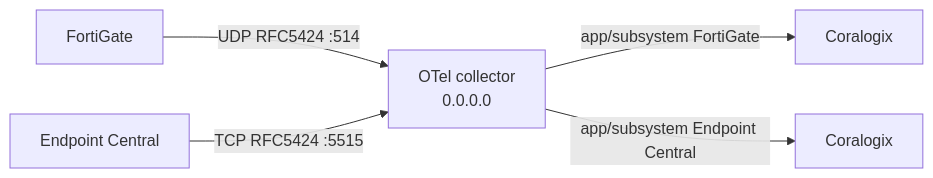
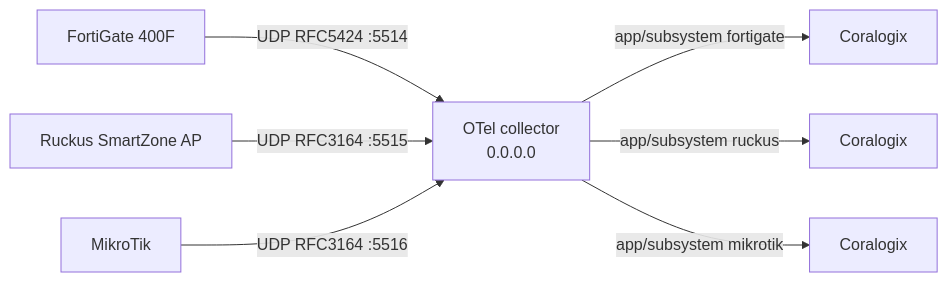
The diagram in README.md (qibal-act/syslog-cx), drawn with Mermaid before and after one commit. The commit also changed other lines of this file and 5 other files, not shown here.

Commit message:
tap: FortiGate/Ruckus/MikroTik customer template

````diff
--- a/README.md
+++ b/README.md
@@ -13,7 +9,9 @@
 ```mermaid
 flowchart LR
-  FGT[FortiGate] -->|UDP RFC5424 :514| COL[OTel collector<br/>0.0.0.0]
-  EC[Endpoint Central] -->|TCP RFC5424 :5515| COL
-  COL -->|app/subsystem FortiGate| CX1[Coralogix]
-  COL -->|app/subsystem Endpoint Central| CX2[Coralogix]
+  FGT[FortiGate 400F] -->|UDP RFC5424 :5514| COL[OTel collector<br/>0.0.0.0]
+  RUCK[Ruckus SmartZone AP] -->|UDP RFC3164 :5515| COL
+  MT[MikroTik] -->|UDP RFC3164 :5516| COL
+  COL -->|app/subsystem fortigate| CX1[Coralogix]
+  COL -->|app/subsystem ruckus| CX2[Coralogix]
+  COL -->|app/subsystem mikrotik| CX3[Coralogix]
 ```
````
